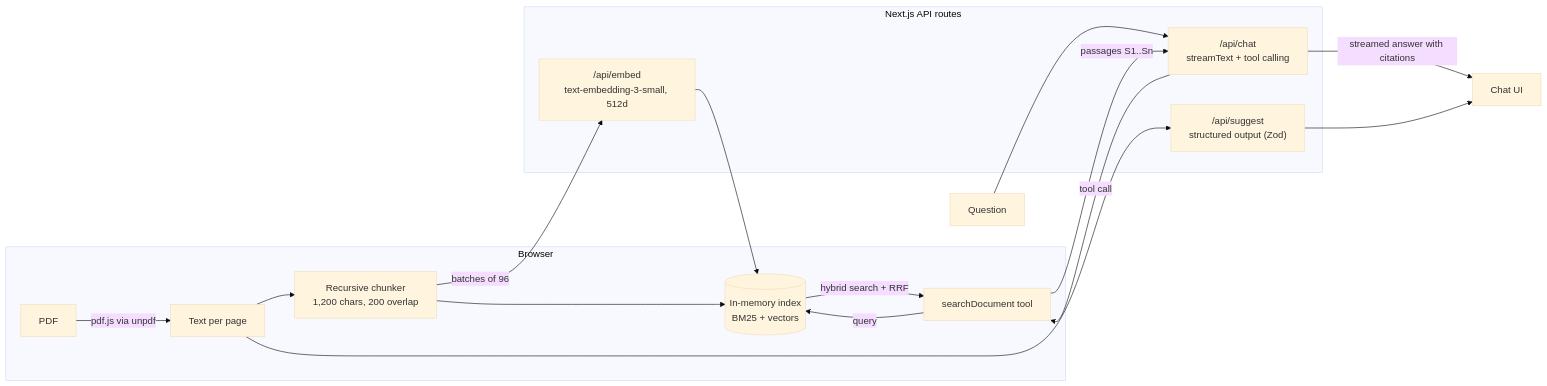
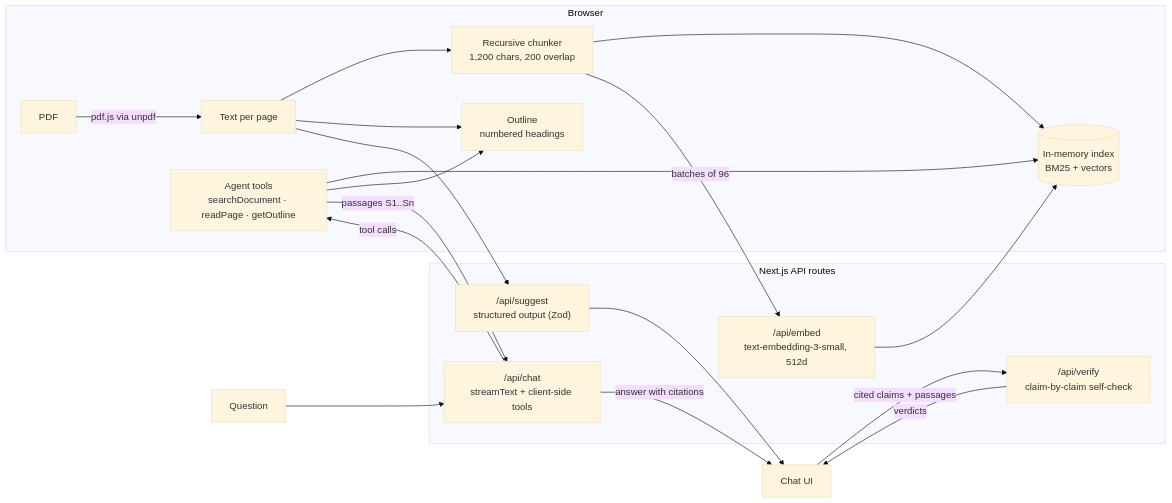
The diagram in README.md (arvindrajut/devdocer), drawn with Mermaid (base theme) before and after one commit. The commit also changed other lines of this file and 27 other files, not shown here.

First line of the commit message:
Add multi-step agent tools, a self-check and an MCP server

````diff
--- a/README.md
+++ b/README.md
@@ -27,21 +32,24 @@
 ```mermaid
 flowchart LR
   subgraph Browser
     A[PDF] -->|pdf.js via unpdf| B[Text per page]
     B --> C[Recursive chunker<br/>1,200 chars, 200 overlap]
+    B --> O[Outline<br/>numbered headings]
     C --> E[(In-memory index<br/>BM25 + vectors)]
-    T[searchDocument tool] -->|query| E
-    E -->|hybrid search + RRF| T
+    T["Agent tools<br/>searchDocument · readPage · getOutline"] --> E
+    T --> O
   end
   subgraph "Next.js API routes"
     EMB["/api/embed<br/>text-embedding-3-small, 512d"]
-    CHAT["/api/chat<br/>streamText + tool calling"]
+    CHAT["/api/chat<br/>streamText + client-side tools"]
+    VER["/api/verify<br/>claim-by-claim self-check"]
     SUG["/api/suggest<br/>structured output (Zod)"]
   end
   C -->|batches of 96| EMB --> E
   Q[Question] --> CHAT
-  CHAT -->|tool call| T
+  CHAT -->|tool calls| T
   T -->|passages S1..Sn| CHAT
-  CHAT -->|streamed answer with citations| UI[Chat UI]
+  CHAT -->|answer with citations| UI[Chat UI]
+  UI -->|cited claims + passages| VER -->|verdicts| UI
   B --> SUG --> UI
 ```
````
